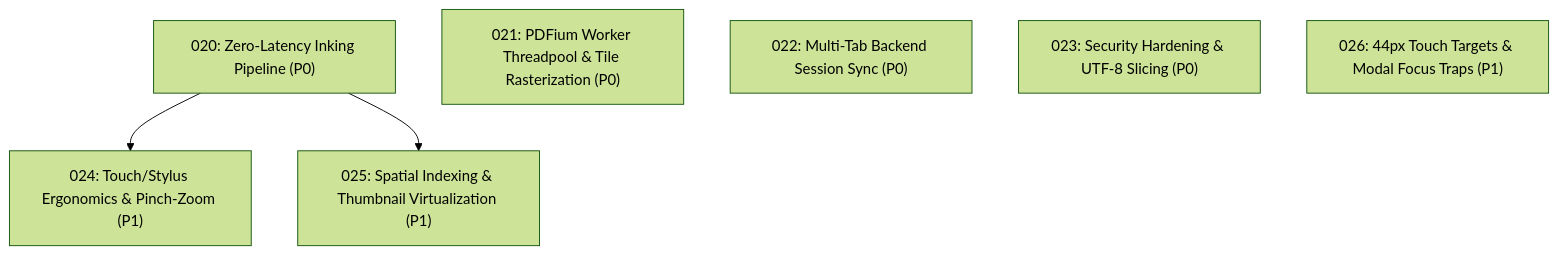
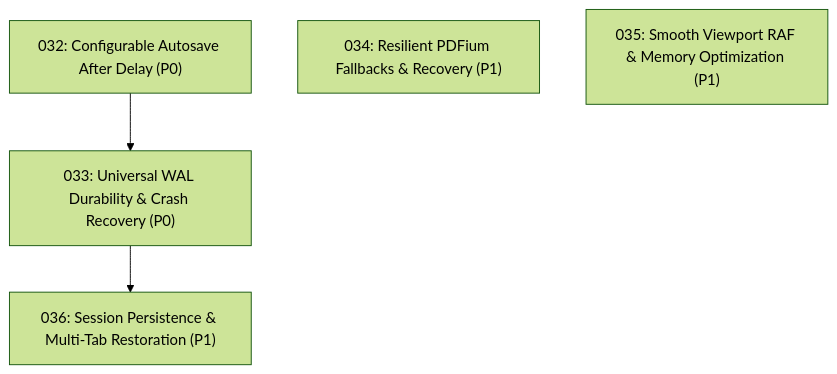
One commit to nabilbinsayed/InkrementalNotes changed the diagram in plans/README.md. Above: the diagram before and after it, drawn with Mermaid (forest theme). The commit also changed other lines of this file and 121 other files, not shown here.

````diff
--- a/plans/README.md
+++ b/plans/README.md
@@ -40,13 +50,13 @@
 ```mermaid
 flowchart TD
-    P020["020: Zero-Latency Inking Pipeline (P0)"]
-    P021["021: PDFium Worker Threadpool & Tile Rasterization (P0)"]
-    P022["022: Multi-Tab Backend Session Sync (P0)"]
-    P023["023: Security Hardening & UTF-8 Slicing (P0)"]
-    P024["024: Touch/Stylus Ergonomics & Pinch-Zoom (P1)"]
-    P025["025: Spatial Indexing & Thumbnail Virtualization (P1)"]
-    P026["026: 44px Touch Targets & Modal Focus Traps (P1)"]
+    P032["032: Configurable Autosave After Delay (P0)"]
+    P033["033: Universal WAL Durability & Crash Recovery (P0)"]
+    P034["034: Resilient PDFium Fallbacks & Recovery (P1)"]
+    P035["035: Smooth Viewport RAF & Memory Optimization (P1)"]
+    P036["036: Session Persistence & Multi-Tab Restoration (P1)"]
 
-    P020 --> P024
-    P020 --> P025
+    P032 --> P033
+    P033 --> P036
+    P034
+    P035
 ```
````
